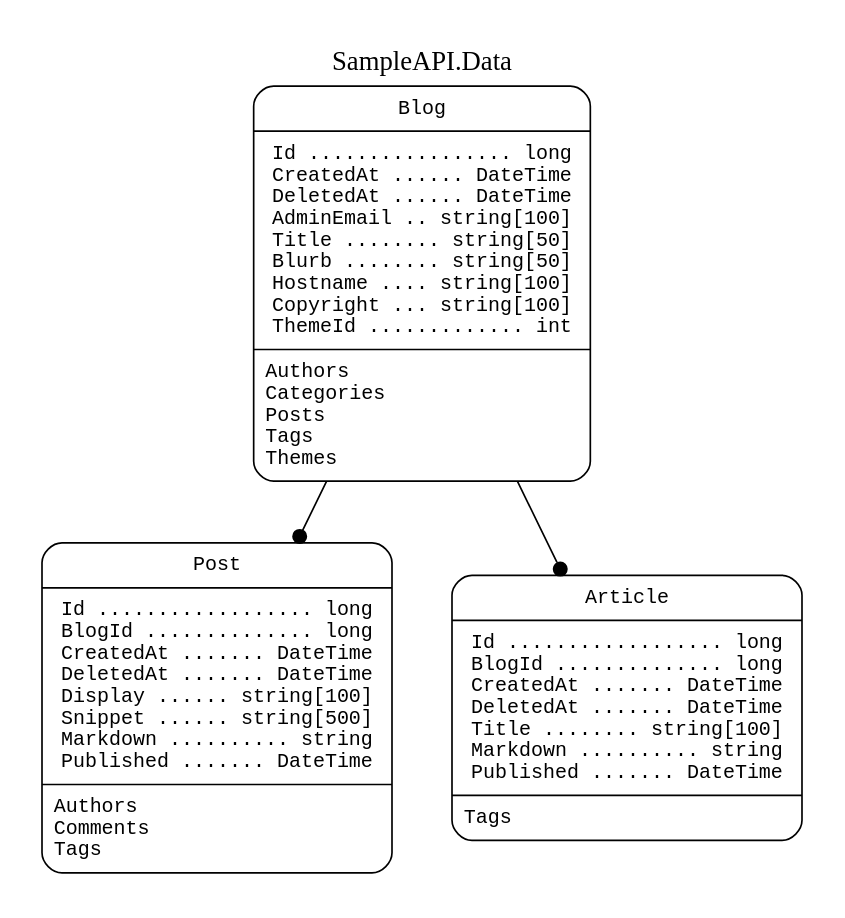
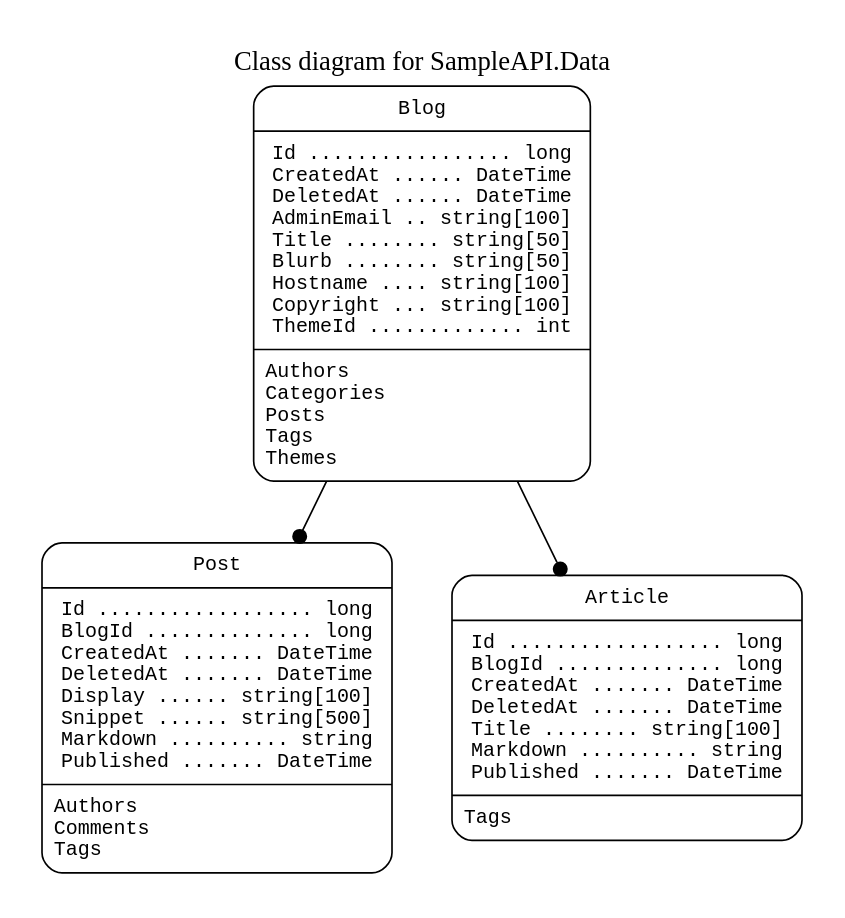
The diagram in README.md (kcartlidge/Newt), drawn with Graphviz before and after one commit. The commit also changed other lines of this file and 7 other files, not shown here.

````diff
--- a/README.md
+++ b/README.md
@@ -298,38 +300,38 @@
 ``` dot
 // GRAPHVIZ DEFINITION
 //
 // Example usage:
 //   dot -o schema.png -Tpng schema.dot
 //   dot -o schema.svg -Tsvg schema.dot
 
-digraph G {
-  label = "SampleAPI.Data"
+digraph {
+  label = "Class diagram for SampleAPI.Data"
   labelloc = "top"
   fontname = "Verdana"
   fontsize = 16
   nodesep = 0.5
   ranksep = 0.5
   pad = 0.25
 
   node[
     fontname = "Monospace"
     fontsize = 12
     shape = "Mrecord"
     width = 1.5
     margin = "0.1,0.1"
   ]
 
   edge[
     arrowhead = "dot"
   ]
 
   // Classes.
   Blog [ label = "{Blog | Id ................. long\nCreatedAt ...... DateTime\nDeletedAt ...... DateTime\nAdminEmail .. string[100]\nTitle ........ string[50]\nBlurb ........ string[50]\nHostname .... string[100]\nCopyright ... string[100]\nThemeId ............. int\n | Authors\lCategories\lPosts\lTags\lThemes\l}}" ]
   Post [ label = "{Post | Id .................. long\nBlogId .............. long\nCreatedAt ....... DateTime\nDeletedAt ....... DateTime\nDisplay ...... string[100]\nSnippet ...... string[500]\nMarkdown .......... string\nPublished ....... DateTime\n | Authors\lComments\lTags\l}}" ]
   Article [ label = "{Article | Id .................. long\nBlogId .............. long\nCreatedAt ....... DateTime\nDeletedAt ....... DateTime\nTitle ........ string[100]\nMarkdown .......... string\nPublished ....... DateTime\n | Tags\l}}" ]
 
   // Foreign keys.
   Blog -> Post
   Blog -> Article
 }
 ```
````
